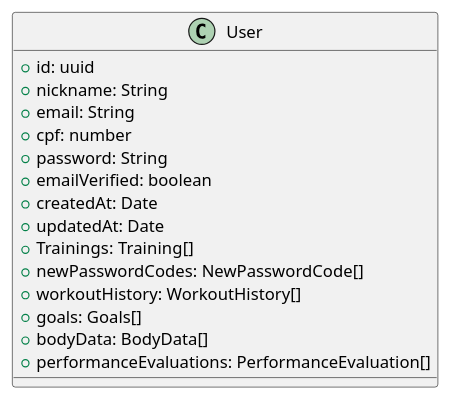
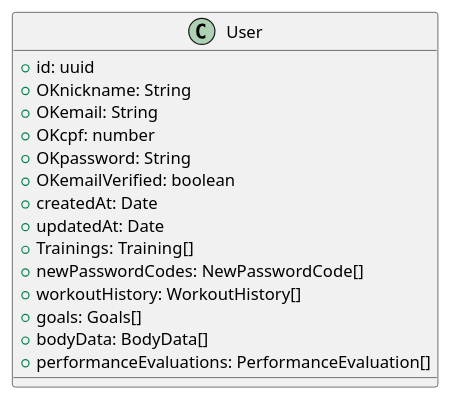
The diagram in uml/User/entity.wsd (LucasReisV1337/api-gym), drawn with PlantUML before and after one commit. The commit also changed 6 other files, not shown here.

```diff
--- a/uml/User/entity.wsd
+++ b/uml/User/entity.wsd
@@ -1,20 +1,20 @@
 @startuml
 
 class User {
   + id: uuid
-  + nickname: String
-  + email: String
-  + cpf: number
-  + password: String
-  + emailVerified: boolean
+  + OKnickname: String
+  + OKemail: String
+  + OKcpf: number
+  + OKpassword: String
+  + OKemailVerified: boolean
   + createdAt: Date
   + updatedAt: Date
   + Trainings: Training[]
   + newPasswordCodes: NewPasswordCode[]
   + workoutHistory: WorkoutHistory[]
   + goals: Goals[]
   + bodyData: BodyData[]
   + performanceEvaluations: PerformanceEvaluation[]
 }
 
 @enduml
```
